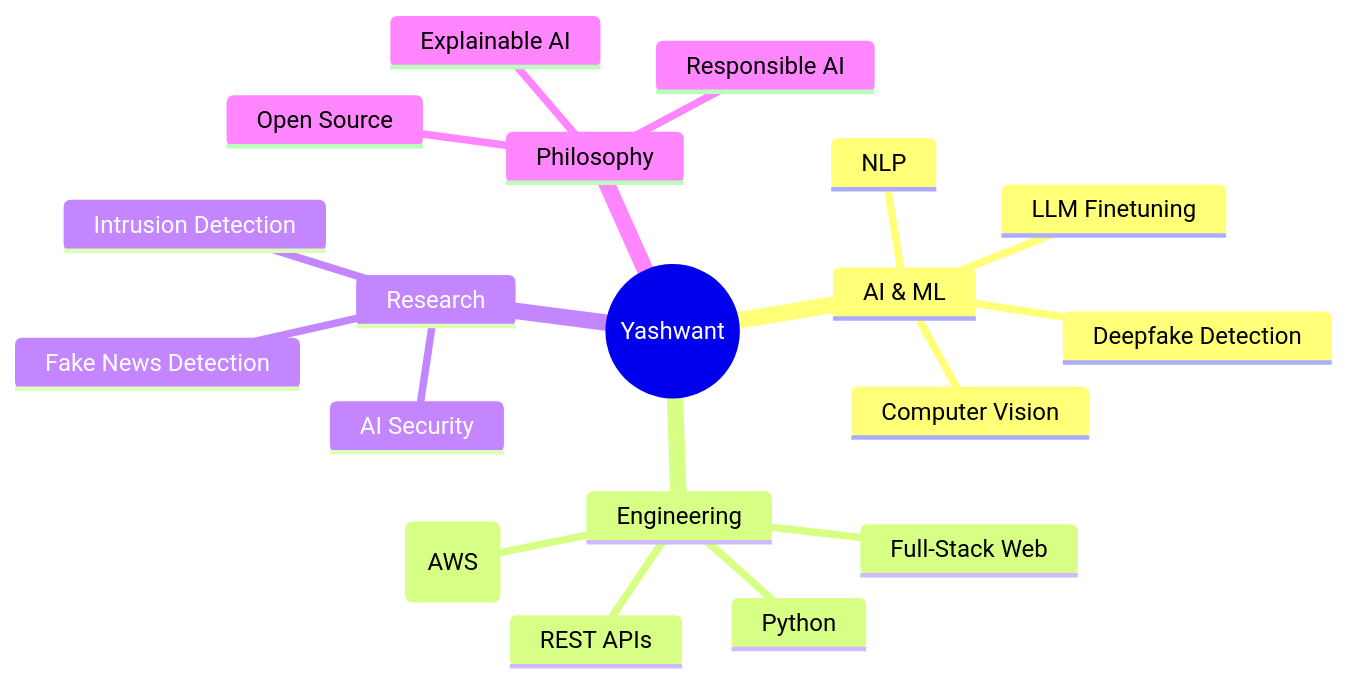
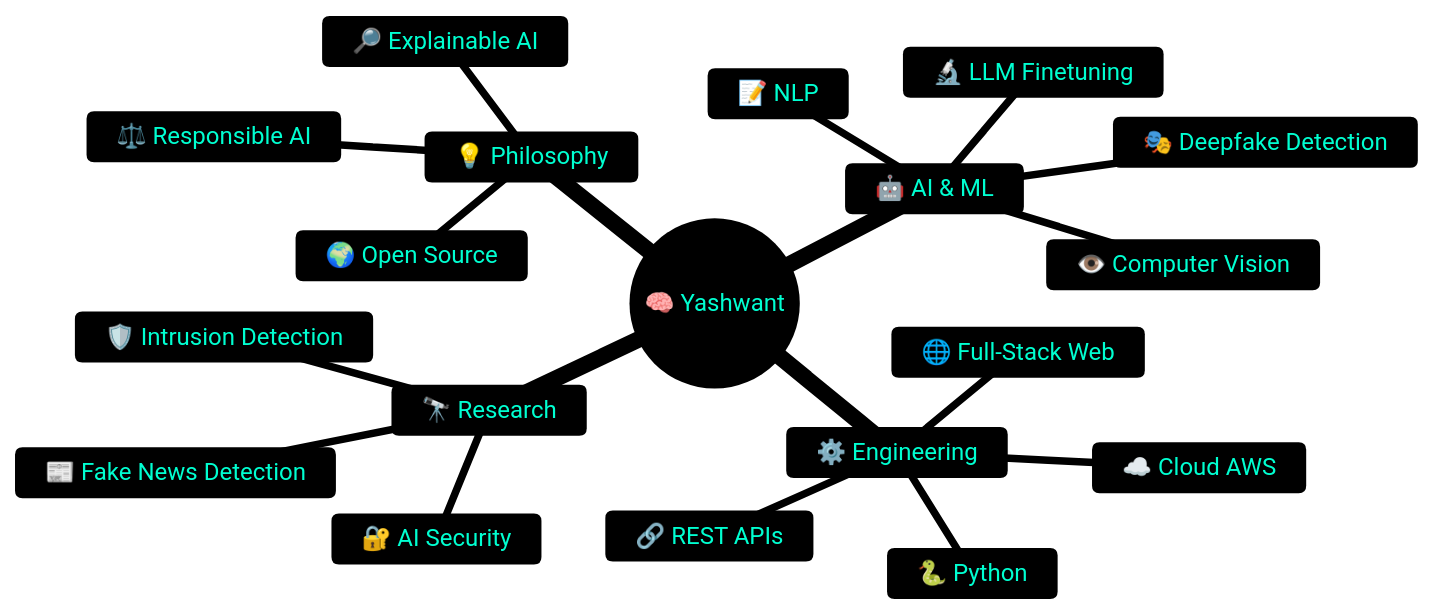
Before and after one commit to chyk2468/chyk2468: the diagram in README.md, drawn with Mermaid.

Commit message:
last change before end of day

````diff
--- a/README.md
+++ b/README.md
@@ -239,22 +239,40 @@
 ```mermaid
+%%{init: {
+  'theme': 'base',
+  'themeVariables': {
+    'primaryColor': '#1a0040',
+    'primaryTextColor': '#00FFD1',
+    'primaryBorderColor': '#00FFD1',
+    'lineColor': '#7F00FF',
+    'secondaryColor': '#0D1117',
+    'tertiaryColor': '#0D1B2A',
+    'background': '#0D1117',
+    'mainBkg': '#1a0040',
+    'nodeBorder': '#00FFD1',
+    'clusterBkg': '#0d0d2b',
+    'titleColor': '#ffffff',
+    'edgeLabelBackground': '#0d0d2b',
+    'fontFamily': 'Fira Code, monospace'
+  }
+}}%%
 mindmap
-  root((Yashwant))
-    AI & ML
-      Deepfake Detection
-      LLM Finetuning
-      Computer Vision
-      NLP
-    Engineering
-      Python
-      Full-Stack Web
-      REST APIs
-      Cloud (AWS)
-    Research
-      AI Security
-      Fake News Detection
-      Intrusion Detection
-    Philosophy
-      Explainable AI
-      Responsible AI
-      Open Source
+  root((🧠 Yashwant))
+    🤖 AI & ML
+      🎭 Deepfake Detection
+      🔬 LLM Finetuning
+      👁️ Computer Vision
+      📝 NLP
+    ⚙️ Engineering
+      🐍 Python
+      🌐 Full-Stack Web
+      🔗 REST APIs
+      ☁️ Cloud AWS
+    🔭 Research
+      🔐 AI Security
+      📰 Fake News Detection
+      🛡️ Intrusion Detection
+    💡 Philosophy
+      🔎 Explainable AI
+      ⚖️ Responsible AI
+      🌍 Open Source
 ```
````
